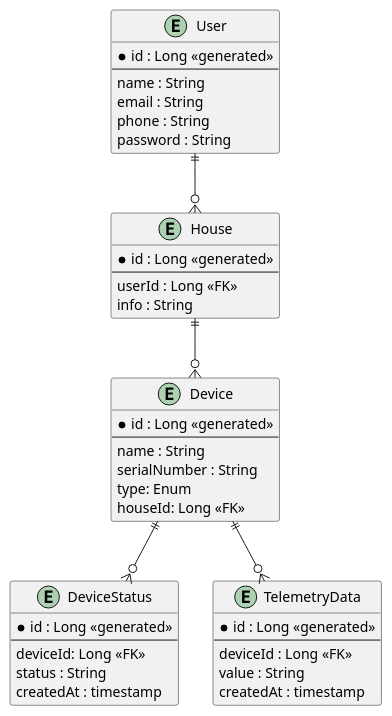
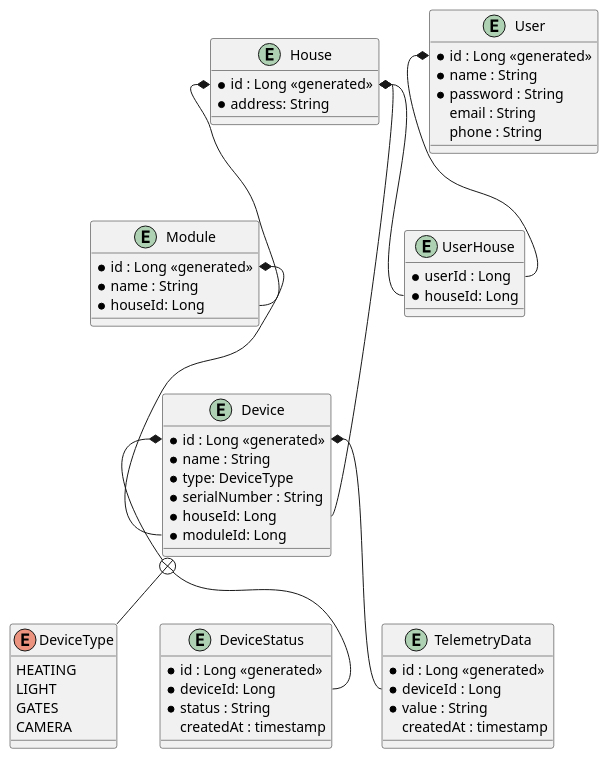
The diagram in docs/task3/ER.puml (MarieSpring/architecture-sprint-3), drawn with PlantUML before and after one commit.

Commit message:
fix after review task 3

```diff
--- a/docs/task3/ER.puml
+++ b/docs/task3/ER.puml
@@ -2,48 +2,70 @@
 @startuml
 
+entity "Module" as module {
+    *id : Long <<generated>>
+    *name : String     
+    *houseId: Long   
+}
+
 entity "User" as user {
-    * id : Long <<generated>>
-    --
-    name : String
+    *id : Long <<generated>>
+    *name : String
+    *password : String
     email : String
     phone : String
-    password : String
 }
 
 entity "House" as house {
-    * id : Long <<generated>>
-    --
-    userId : Long <<FK>>
-    info : String
+    *id : Long <<generated>>
+    *address: String
+}
+
+entity "UserHouse" as uh {
+    *userId : Long  
+    *houseId: Long  
 }
 
 entity "Device" as device {
     * id : Long <<generated>>
-    --
-    name : String
-    serialNumber : String
-    type: Enum
-    houseId: Long <<FK>>
+    *name : String   
+    *type: DeviceType
+    *serialNumber : String
+    *houseId: Long
+    *moduleId: Long 
+}
+
+enum DeviceType {
+  HEATING
+  LIGHT
+  GATES
+  CAMERA
 }
 
 entity "DeviceStatus" as deviceStatus {
-    * id : Long <<generated>>
-    --
-    deviceId: Long <<FK>>
-    status : String
+    *id : Long <<generated>>
+    *deviceId: Long
+    *status : String
     createdAt : timestamp
 }
 
 entity "TelemetryData" as telemetryData {
-    * id : Long <<generated>>
-    --
-    deviceId : Long <<FK>>
-    value : String
+    *id : Long <<generated>>
+    *deviceId : Long
+    *value : String
     createdAt : timestamp
 }
 
-user ||--o{ house 
-house ||--o{ device 
-device ||--o{ telemetryData 
-device ||--o{ deviceStatus 
+user::id *-- uh::userId
+house::id *-- uh::houseId
+
+house::id *-- device::houseId
+
+device::id *-- deviceStatus::deviceId
+device::id *-- telemetryData::deviceId
+
+house::id *-- module::houseId
+module::id *-- device::moduleId
+
+device +-- DeviceType
+
 @enduml
```
